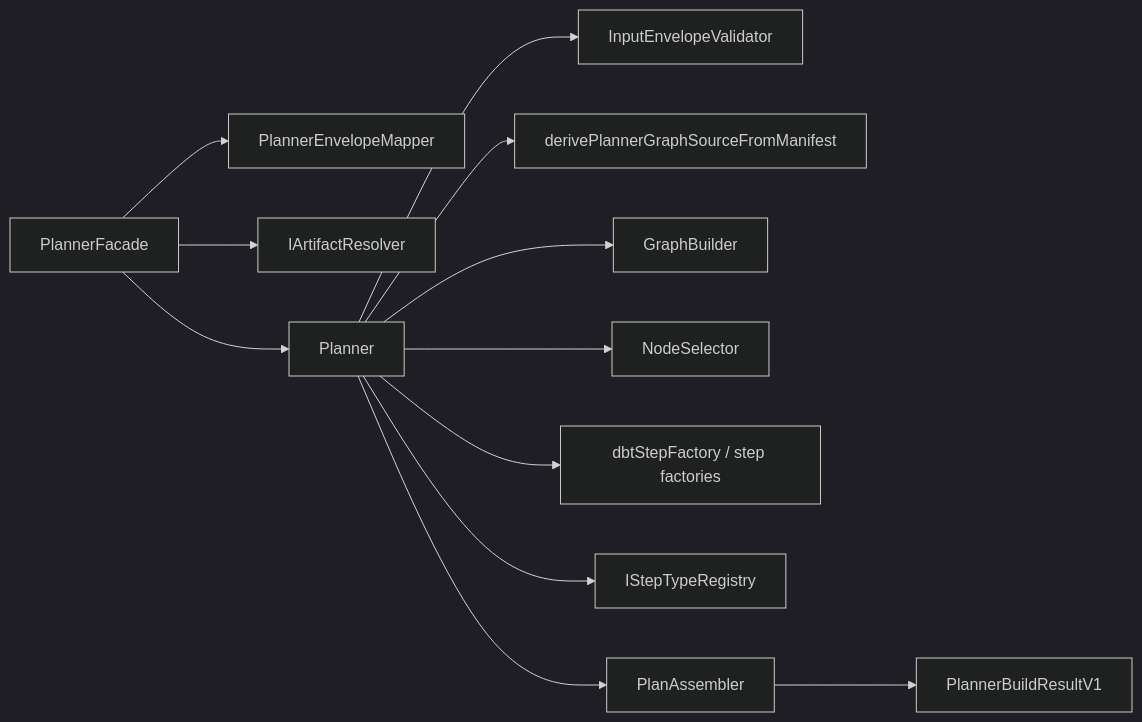
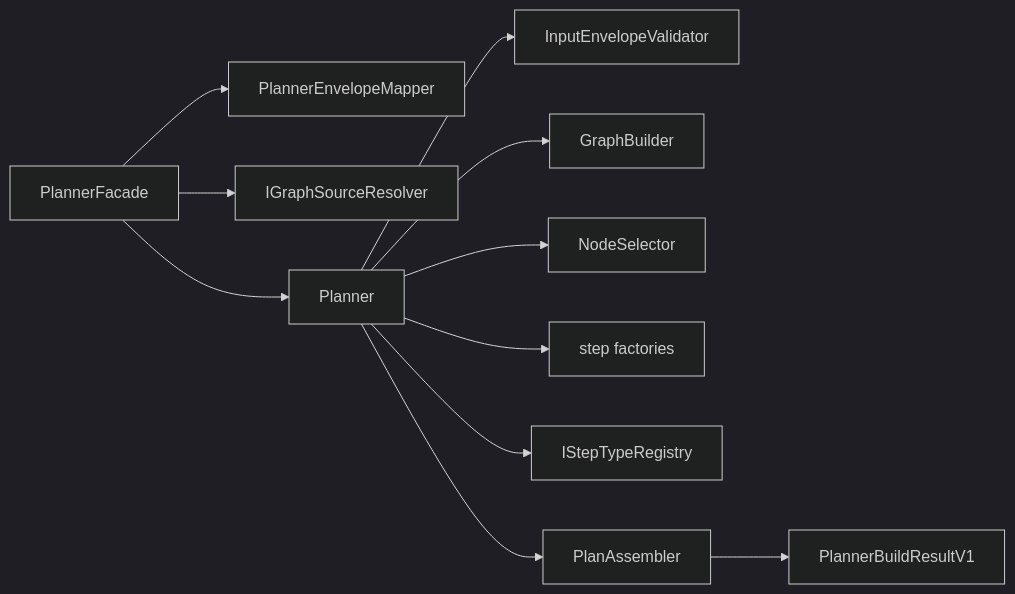
The diagram in docs/architecture/components/planner/planner-ddd.md (dunay2/dvt), drawn with Mermaid (dark theme) before and after one commit. The commit also changed other lines of this file and 4 other files, not shown here.

````diff
--- a/docs/architecture/components/planner/planner-ddd.md
+++ b/docs/architecture/components/planner/planner-ddd.md
@@ -15,14 +15,13 @@
 ```mermaid
 flowchart LR
   Facade["PlannerFacade"] --> Mapper["PlannerEnvelopeMapper"]
-  Facade --> Resolver["IArtifactResolver"]
+  Facade --> Resolver["IGraphSourceResolver"]
   Facade --> Planner["Planner"]
   Planner --> Validator["InputEnvelopeValidator"]
-  Planner --> Deriver["derivePlannerGraphSourceFromManifest"]
   Planner --> Graph["GraphBuilder"]
   Planner --> Selector["NodeSelector"]
-  Planner --> Factory["dbtStepFactory / step factories"]
+  Planner --> Factory["step factories"]
   Planner --> Registry["IStepTypeRegistry"]
   Planner --> Assembler["PlanAssembler"]
   Assembler --> Result["PlannerBuildResultV1"]
 ```
````
